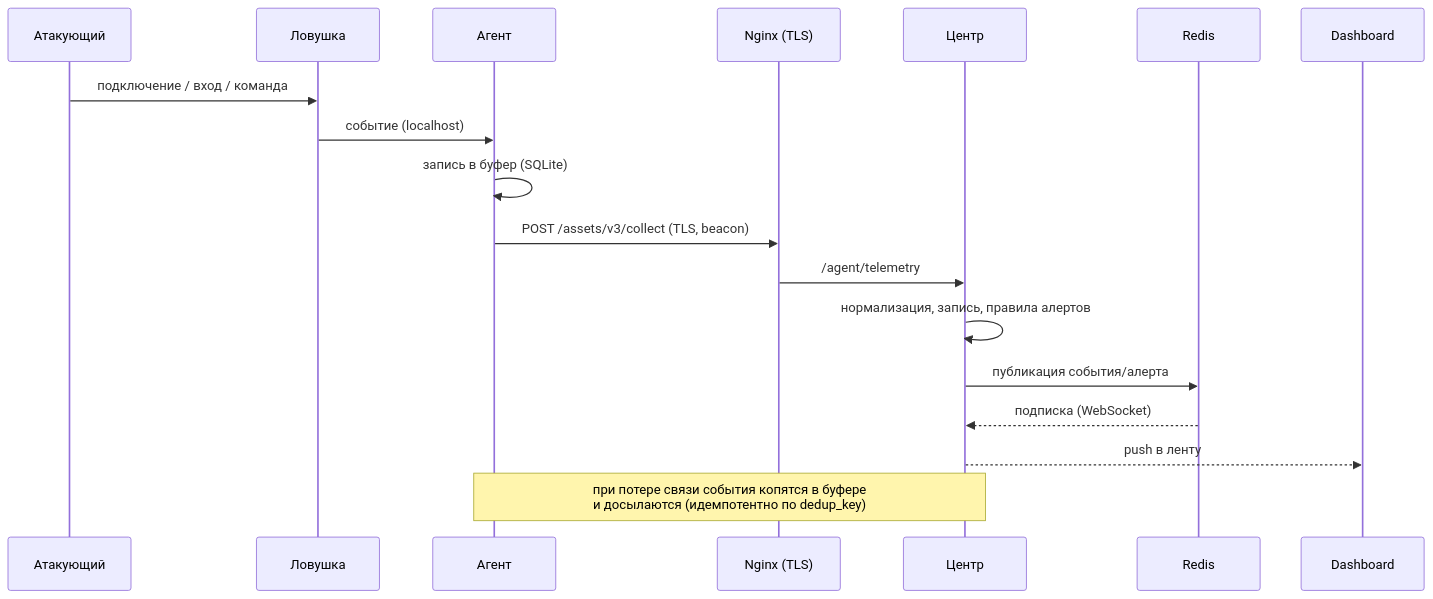
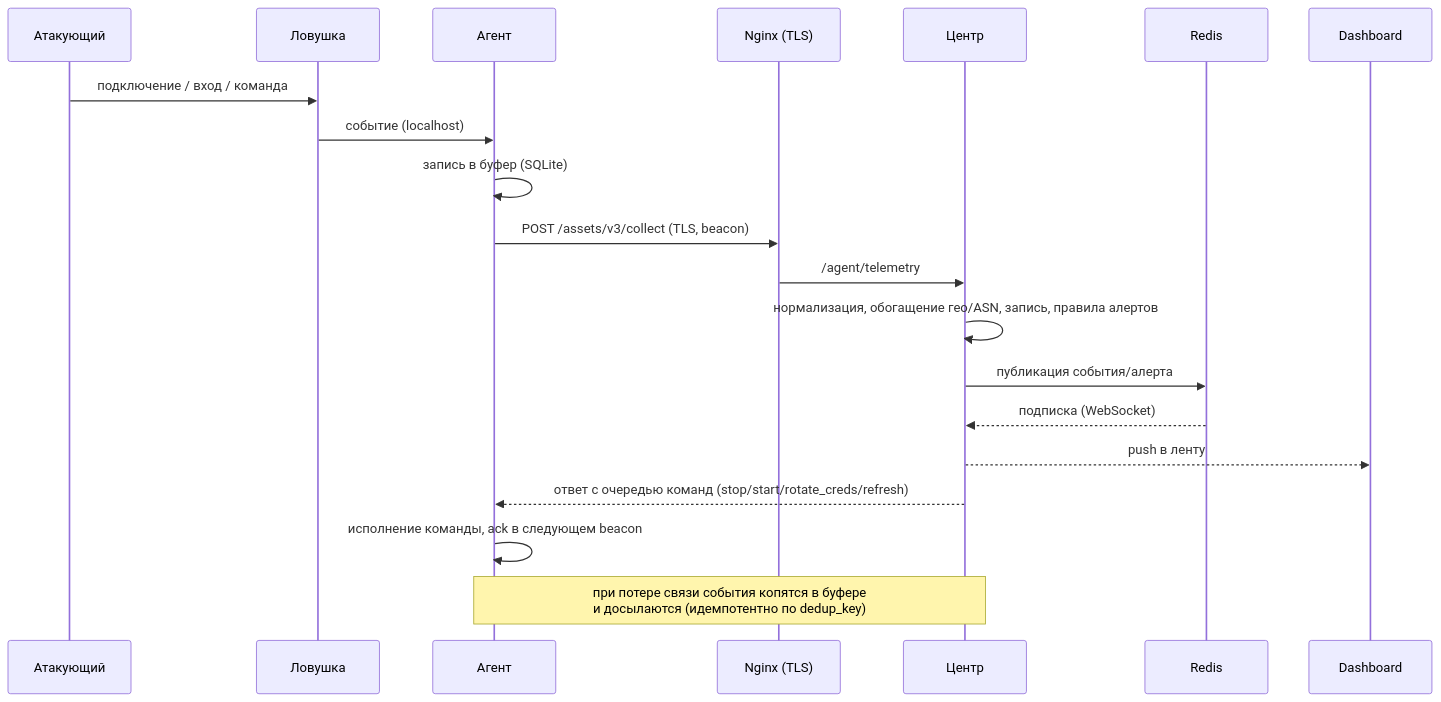
One commit to Try-To-Stay/HoneyForge_rep changed the second of 2 diagrams in docs/architecture.md. Above: the diagram before and after it, drawn with Mermaid. The commit also changed 5 other files, not shown here.

````diff
--- a/docs/architecture.md
+++ b/docs/architecture.md
@@ -69,21 +69,23 @@
 ```mermaid
 sequenceDiagram
   participant A as Атакующий
   participant HP as Ловушка
   participant AG as Агент
   participant NG as Nginx (TLS)
   participant C as Центр
   participant R as Redis
   participant D as Dashboard
 
   A->>HP: подключение / вход / команда
   HP->>AG: событие (localhost)
   AG->>AG: запись в буфер (SQLite)
   AG->>NG: POST /assets/v3/collect (TLS, beacon)
   NG->>C: /agent/telemetry
-  C->>C: нормализация, запись, правила алертов
+  C->>C: нормализация, обогащение гео/ASN, запись, правила алертов
   C->>R: публикация события/алерта
   R-->>C: подписка (WebSocket)
   C-->>D: push в ленту
+  C-->>AG: ответ с очередью команд (stop/start/rotate_creds/refresh)
+  AG->>AG: исполнение команды, ack в следующем beacon
   Note over AG,C: при потере связи события копятся в буфере<br/>и досылаются (идемпотентно по dedup_key)
 ```
````
